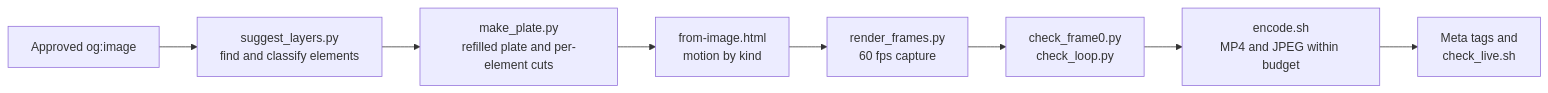
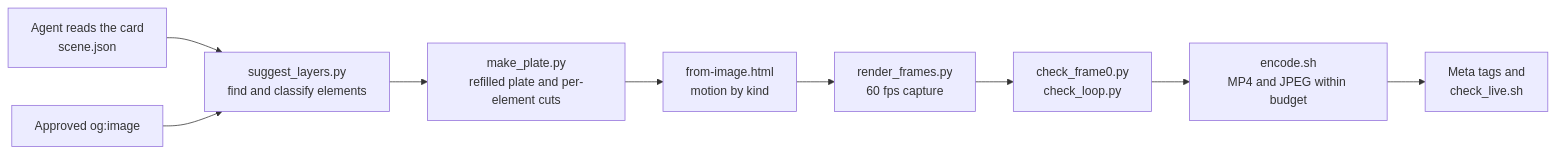
The diagram in README.md (hubeiqiao/og-video-preview), drawn with Mermaid before and after one commit. The commit also changed other lines of this file and 219 other files, not shown here.

````diff
--- a/README.md
+++ b/README.md
@@ -108,10 +110,11 @@
 ```mermaid
 flowchart LR
+  R[Agent reads the card<br/>scene.json] --> B
   A[Approved og:image] --> B[suggest_layers.py<br/>find and classify elements]
   B --> C[make_plate.py<br/>refilled plate and per-element cuts]
   C --> D[from-image.html<br/>motion by kind]
   D --> E[render_frames.py<br/>60 fps capture]
   E --> F[check_frame0.py<br/>check_loop.py]
   F --> G[encode.sh<br/>MP4 and JPEG within budget]
   G --> H[Meta tags and<br/>check_live.sh]
 ```
````
